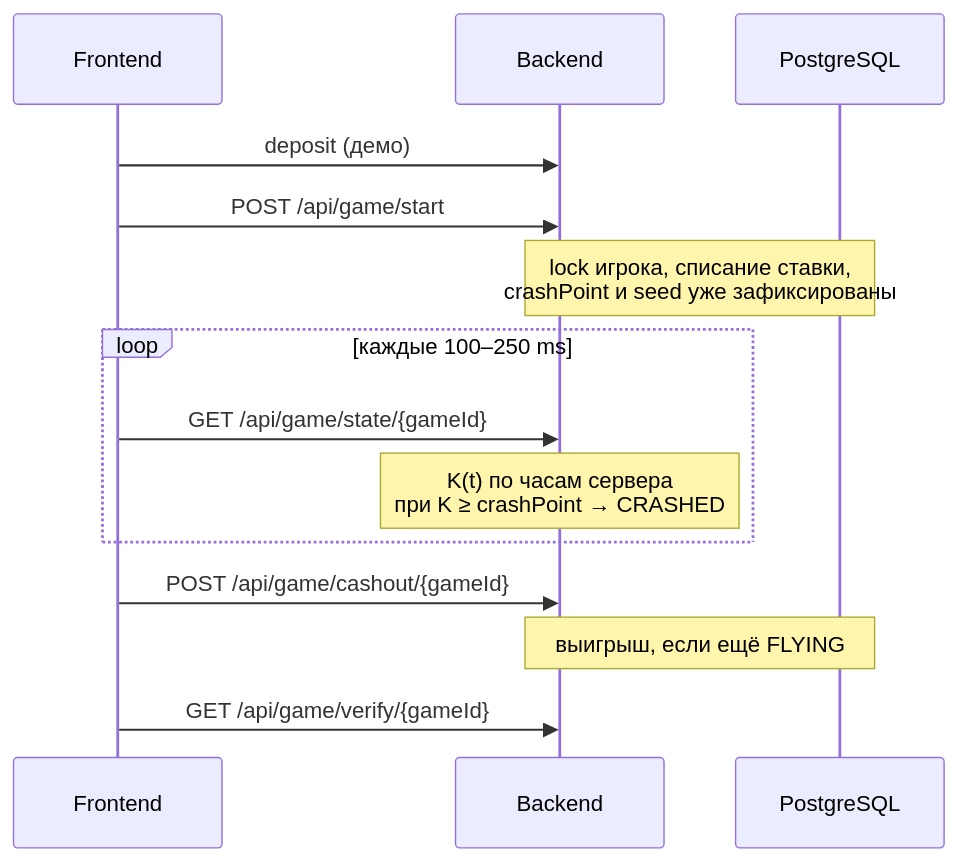
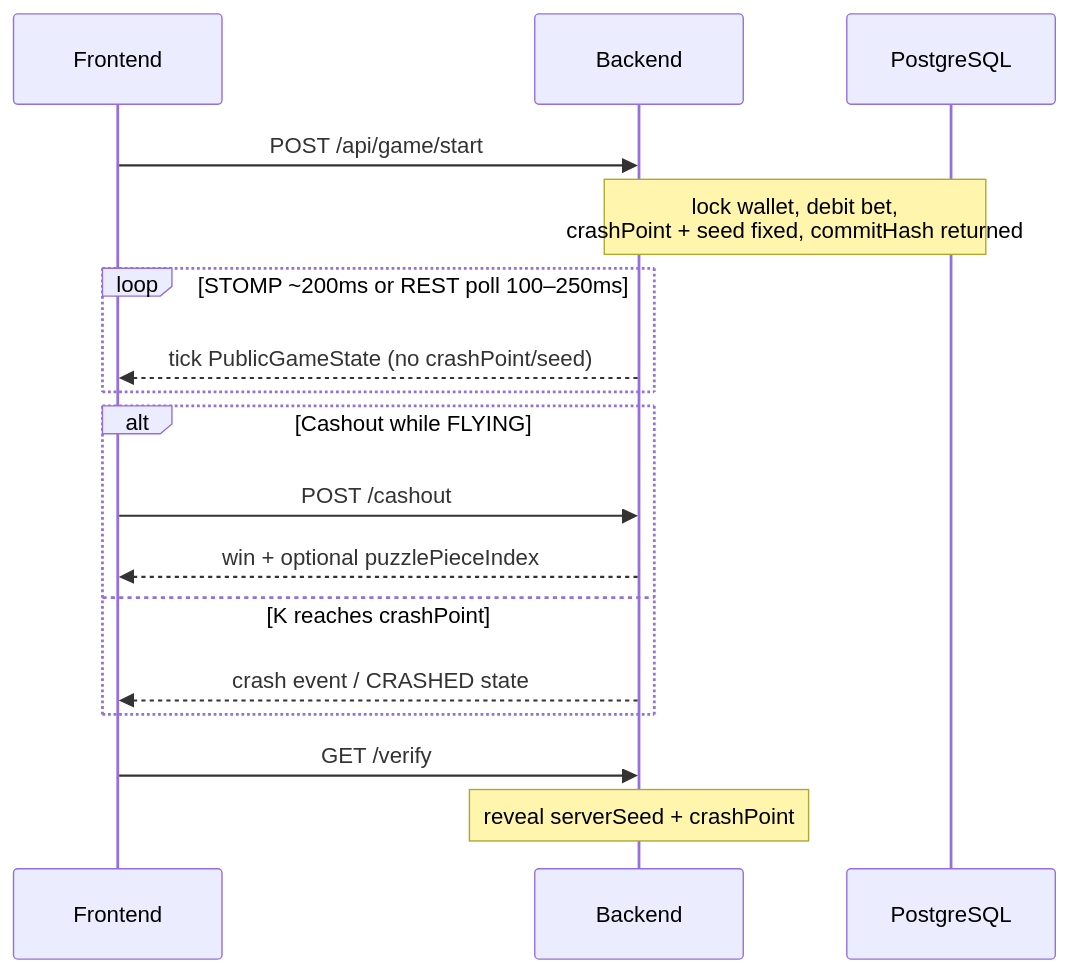
One commit to vasyunkin/stoloto_kazino changed the second of 2 diagrams in README.md. Above: the diagram before and after it, drawn with Mermaid. The commit also changed other lines of this file, not shown here.

````diff
--- a/README.md
+++ b/README.md
@@ -88,17 +160,20 @@
 ```mermaid
 sequenceDiagram
   participant UI as Frontend
   participant API as Backend
   participant DB as PostgreSQL
 
-  UI->>API: deposit (демо)
   UI->>API: POST /api/game/start
-  Note over API,DB: lock игрока, списание ставки,<br/>crashPoint и seed уже зафиксированы
-  loop каждые 100–250 ms
-    UI->>API: GET /api/game/state/{gameId}
-    Note over API: K(t) по часам сервера<br/>при K ≥ crashPoint → CRASHED
+  Note over API,DB: lock wallet, debit bet,<br/>crashPoint + seed fixed, commitHash returned
+  loop STOMP ~200ms or REST poll 100–250ms
+    API-->>UI: tick PublicGameState (no crashPoint/seed)
   end
-  UI->>API: POST /api/game/cashout/{gameId}
-  Note over API,DB: выигрыш, если ещё FLYING
-  UI->>API: GET /api/game/verify/{gameId}
+  alt Cashout while FLYING
+    UI->>API: POST /cashout
+    API-->>UI: win + optional puzzlePieceIndex
+  else K reaches crashPoint
+    API-->>UI: crash event / CRASHED state
+  end
+  UI->>API: GET /verify
+  Note over API: reveal serverSeed + crashPoint
 ```
````
